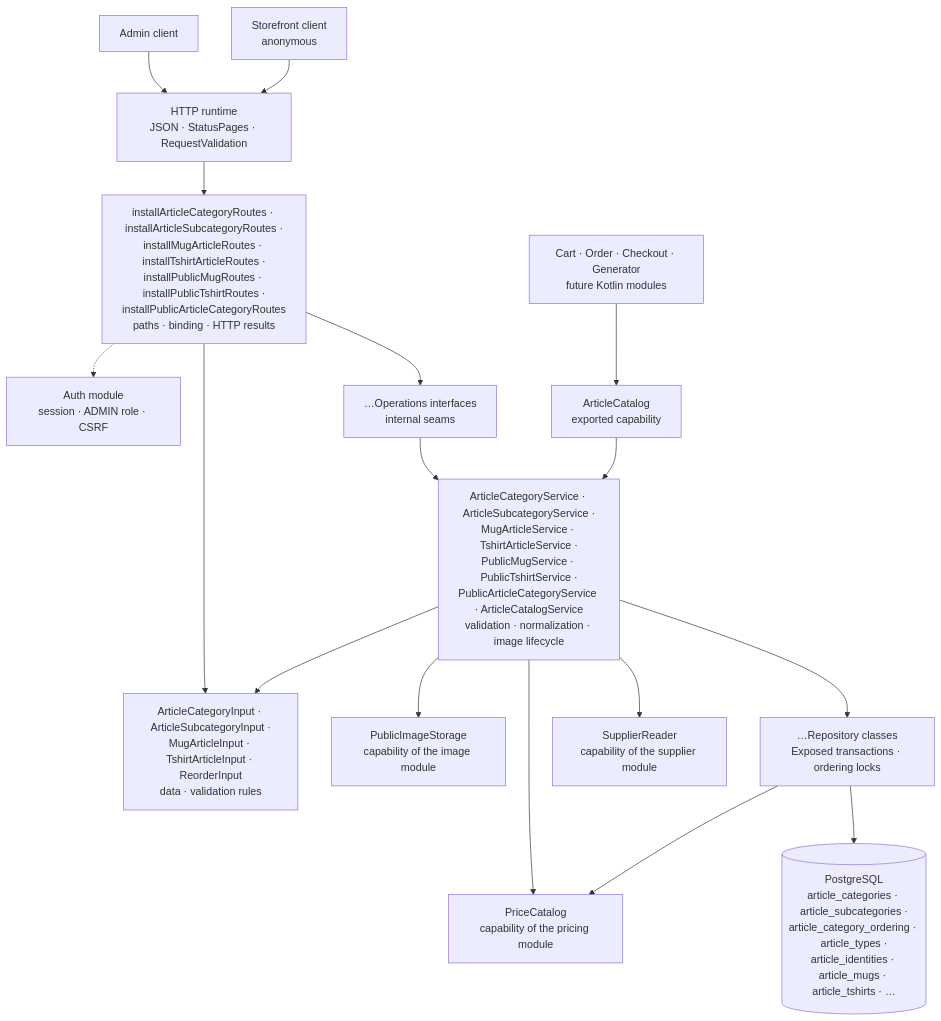
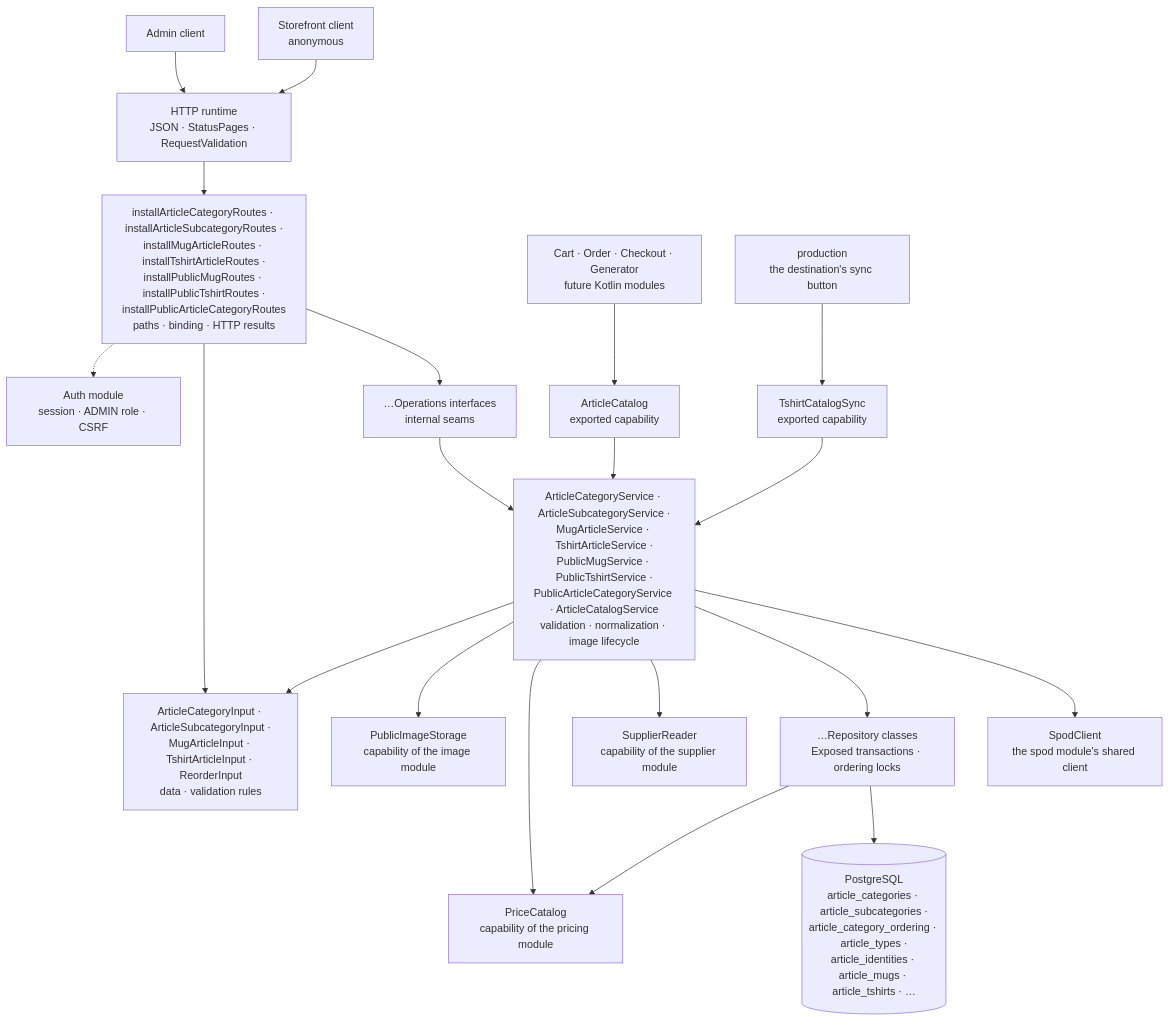
One commit to bitstorm-tech/voenix-shop-kotlin changed the diagram in docs/dev/backend/packages/article-package.md. Above: the diagram before and after it, drawn with Mermaid. The commit also changed other lines of this file and 9 other files, not shown here.

````diff
--- a/docs/dev/backend/packages/article-package.md
+++ b/docs/dev/backend/packages/article-package.md
@@ -81,33 +85,38 @@
 ```mermaid
 flowchart TB
     Client["Admin client"]
     Shop["Storefront client<br/>anonymous"]
     Http["HTTP runtime<br/>JSON · StatusPages · RequestValidation"]
     Auth["Auth module<br/>session · ADMIN role · CSRF"]
     Routes["installArticleCategoryRoutes · installArticleSubcategoryRoutes ·<br/>installMugArticleRoutes · installTshirtArticleRoutes ·<br/>installPublicMugRoutes · installPublicTshirtRoutes ·<br/>installPublicArticleCategoryRoutes<br/>paths · binding · HTTP results"]
     Input["ArticleCategoryInput · ArticleSubcategoryInput ·<br/>MugArticleInput · TshirtArticleInput · ReorderInput<br/>data · validation rules"]
     Operations["…Operations interfaces<br/>internal seams"]
     Consumer["Cart · Order · Checkout · Generator<br/>future Kotlin modules"]
     Catalog["ArticleCatalog<br/>exported capability"]
+    Sync["TshirtCatalogSync<br/>exported capability"]
+    Production["production<br/>the destination's sync button"]
+    SpodClient["SpodClient<br/>the spod module's shared client"]
     Service["ArticleCategoryService · ArticleSubcategoryService ·<br/>MugArticleService · TshirtArticleService ·<br/>PublicMugService · PublicTshirtService ·<br/>PublicArticleCategoryService · ArticleCatalogService<br/>validation · normalization · image lifecycle"]
     Images["PublicImageStorage<br/>capability of the image module"]
     Prices["PriceCatalog<br/>capability of the pricing module"]
     Suppliers["SupplierReader<br/>capability of the supplier module"]
     Repository["…Repository classes<br/>Exposed transactions · ordering locks"]
     Database[("PostgreSQL<br/>article_categories · article_subcategories ·<br/>article_category_ordering · article_types ·<br/>article_identities · article_mugs · article_tshirts · …")]
 
     Client --> Http --> Routes
     Shop --> Http
     Consumer --> Catalog --> Service
     Routes -.-> Auth
     Routes --> Input
     Routes --> Operations
     Operations --> Service
     Service --> Input
     Service --> Images
     Service --> Prices
     Service --> Suppliers
     Service --> Repository
     Repository --> Prices
     Repository --> Database
+    Production --> Sync --> Service
+    Service --> SpodClient
 ```
````
